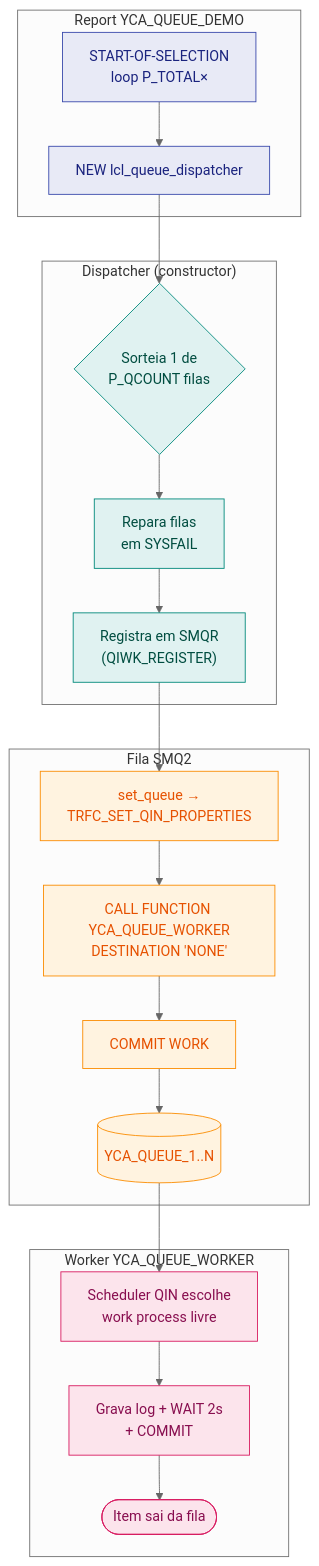
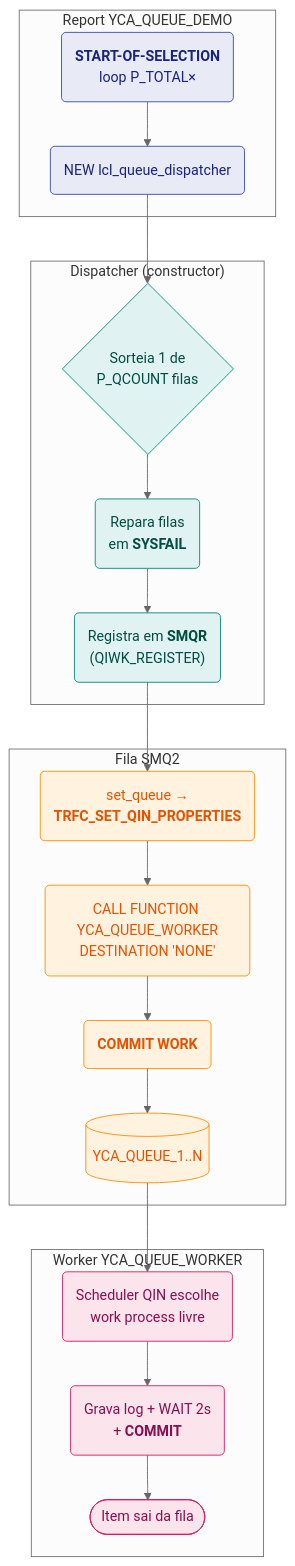
The second of 2 diagrams in README.md (edmilson-nascimento/queue-process), drawn with Mermaid (neutral theme) before and after one commit. The commit also changed other lines of this file, not shown here.

Commit message:
Enhance flowchart readability in README.md by bolding key terms for improved clarity

````diff
--- a/README.md
+++ b/README.md
@@ -124,35 +125,36 @@
 ```mermaid
+%%{init: { 'flowchart': { 'curve': 'basis' } } }%%
 flowchart TD
     subgraph REPORT["Report YCA_QUEUE_DEMO"]
-        A["START-OF-SELECTION<br/>loop P_TOTAL×"] --> B["NEW lcl_queue_dispatcher"]
+        A("<b>START-OF-SELECTION</b><br/>loop P_TOTAL×") --> B("NEW lcl_queue_dispatcher")
     end
 
     subgraph DISPATCHER["Dispatcher (constructor)"]
         B --> C{"Sorteia 1 de<br/>P_QCOUNT filas"}
-        C --> D["Repara filas<br/>em SYSFAIL"]
-        D --> E["Registra em SMQR<br/>(QIWK_REGISTER)"]
+        C --> D("Repara filas<br/>em <b>SYSFAIL</b>")
+        D --> E("Registra em <b>SMQR</b><br/>(QIWK_REGISTER)")
     end
 
     subgraph QUEUE["Fila SMQ2"]
-        E --> F["set_queue →<br/>TRFC_SET_QIN_PROPERTIES"]
-        F --> G["CALL FUNCTION YCA_QUEUE_WORKER<br/>DESTINATION 'NONE'"]
-        G --> H["COMMIT WORK"]
+        E --> F("set_queue →<br/><b>TRFC_SET_QIN_PROPERTIES</b>")
+        F --> G("CALL FUNCTION YCA_QUEUE_WORKER<br/>DESTINATION 'NONE'")
+        G --> H("<b>COMMIT WORK</b>")
         H --> I[("YCA_QUEUE_1..N")]
     end
 
     subgraph WORKER["Worker YCA_QUEUE_WORKER"]
-        I --> J["Scheduler QIN escolhe<br/>work process livre"]
-        J --> K["Grava log + WAIT 2s<br/>+ COMMIT"]
+        I --> J("Scheduler QIN escolhe<br/>work process livre")
+        J --> K("Grava log + WAIT 2s<br/>+ <b>COMMIT</b>")
         K --> L(["Item sai da fila"])
     end
 
     classDef report fill:#e8eaf6,stroke:#3949ab,color:#1a237e
     classDef dispatcher fill:#e0f2f1,stroke:#00897b,color:#004d40
     classDef queue fill:#fff3e0,stroke:#fb8c00,color:#e65100
     classDef worker fill:#fce4ec,stroke:#d81b60,color:#880e4f
 
     class A,B report
     class C,D,E dispatcher
     class F,G,H,I queue
     class J,K,L worker
 ```
````
